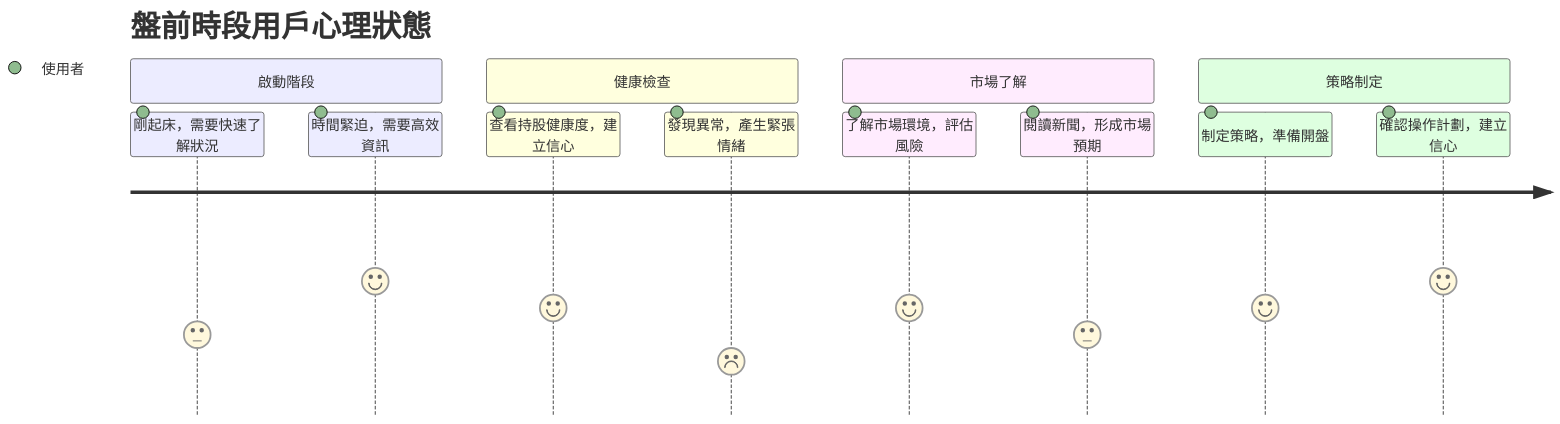
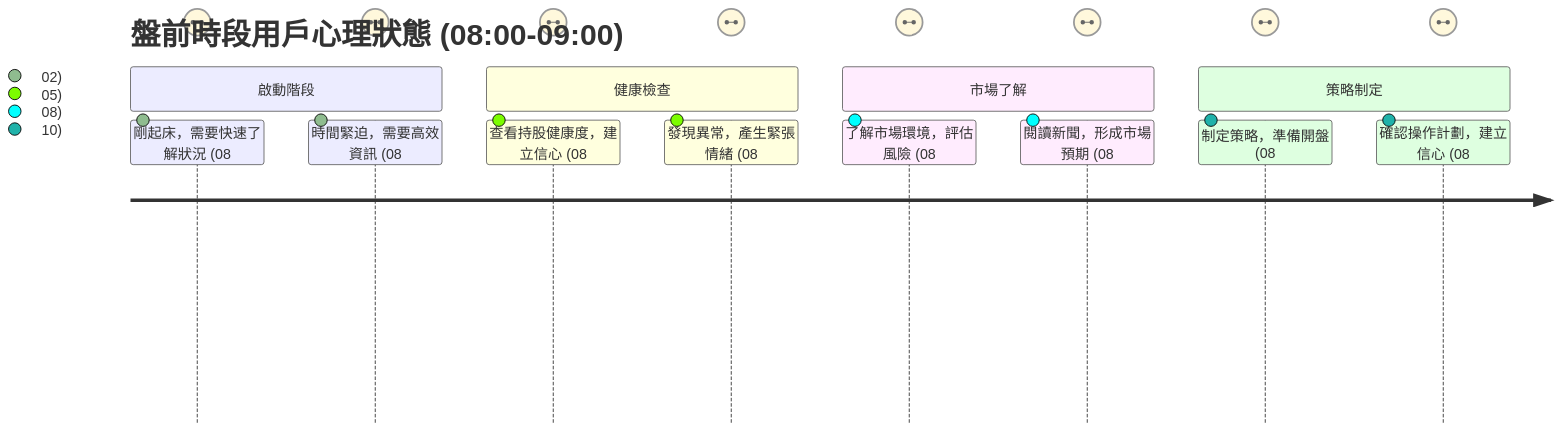
Before and after one commit to hihihowru/ai-chatbot-proxy: the third of 3 diagrams in user_journey_map/yong-hulcheng-yi.md, drawn with Mermaid. The commit also changed 2 other files, not shown here.

Commit message:
feat: 在 journey 圖中加入時間標記，在標題和內容中顯示具體時間範圍

````diff
--- a/user_journey_map/yong-hulcheng-yi.md
+++ b/user_journey_map/yong-hulcheng-yi.md
@@ -48,16 +48,16 @@
 ```mermaid
 journey
-    title 盤前時段用戶心理狀態
+    title 盤前時段用戶心理狀態 (08:00-09:00)
     section 啟動階段
-      剛起床，需要快速了解狀況: 3: 使用者
-      時間緊迫，需要高效資訊: 5: 使用者
+      剛起床，需要快速了解狀況 (08:00-08:02): 3: 使用者
+      時間緊迫，需要高效資訊 (08:00-08:02): 5: 使用者
     section 健康檢查
-      查看持股健康度，建立信心: 4: 使用者
-      發現異常，產生緊張情緒: 2: 使用者
+      查看持股健康度，建立信心 (08:02-08:05): 4: 使用者
+      發現異常，產生緊張情緒 (08:02-08:05): 2: 使用者
     section 市場了解
-      了解市場環境，評估風險: 4: 使用者
-      閱讀新聞，形成市場預期: 3: 使用者
+      了解市場環境，評估風險 (08:05-08:08): 4: 使用者
+      閱讀新聞，形成市場預期 (08:05-08:08): 3: 使用者
     section 策略制定
-      制定策略，準備開盤: 4: 使用者
-      確認操作計劃，建立信心: 5: 使用者
+      制定策略，準備開盤 (08:08-08:10): 4: 使用者
+      確認操作計劃，建立信心 (08:08-08:10): 5: 使用者
 ```
````
